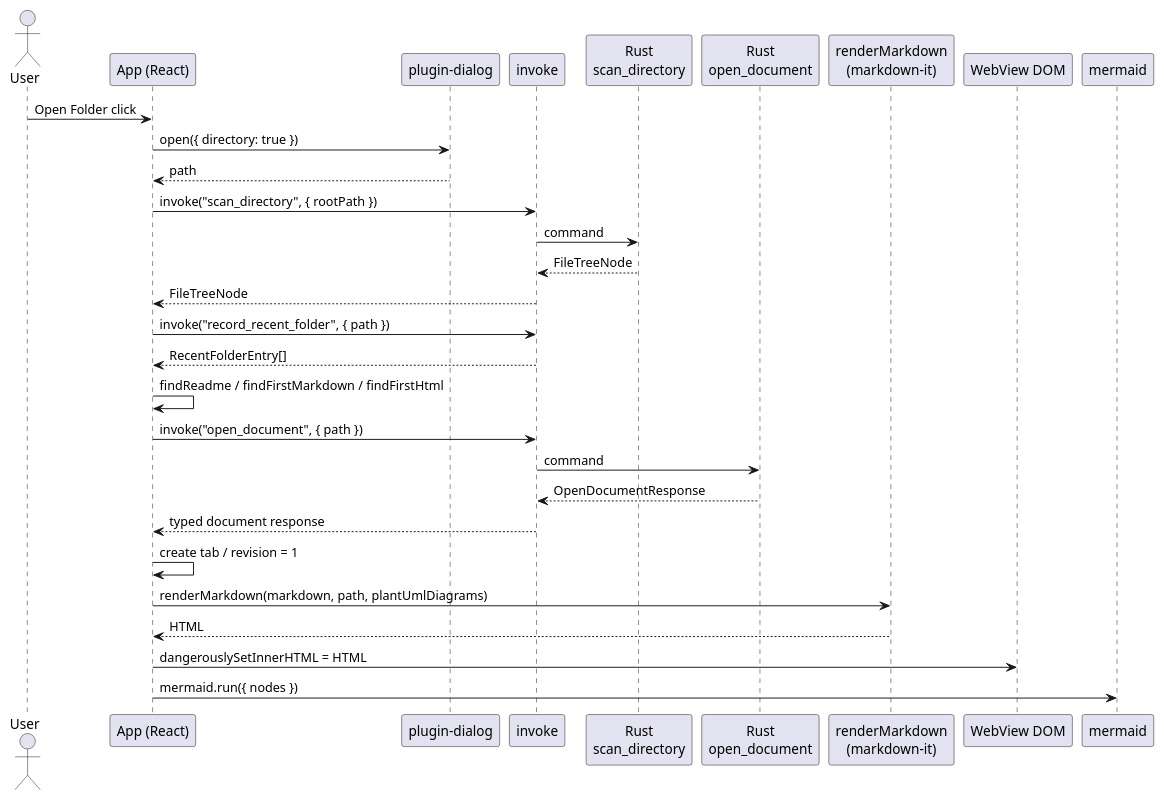
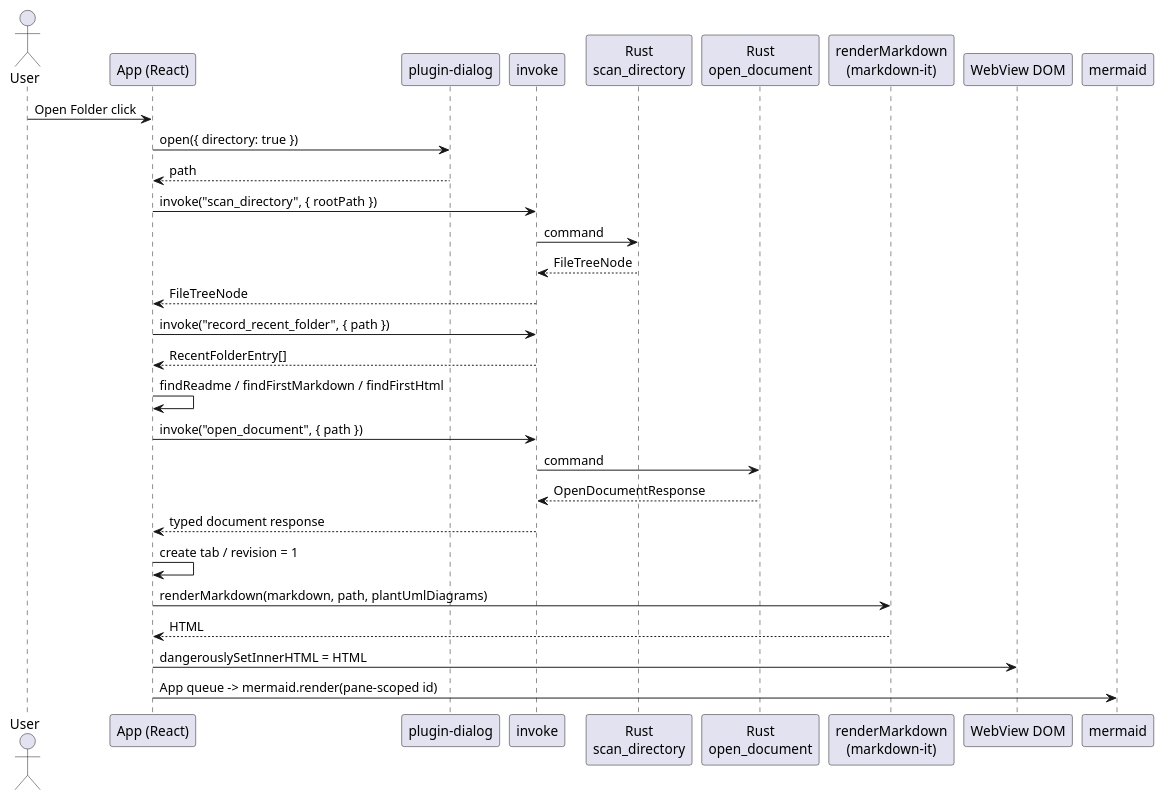
One commit to an-embedded-engineer/MarkdownViewer changed the second of 5 diagrams in docs/components/tauri_viewer/detail_design.md. Above: the diagram before and after it, drawn with PlantUML. The commit also changed other lines of this file and 18 other files, not shown here.

````diff
--- a/docs/components/tauri_viewer/detail_design.md
+++ b/docs/components/tauri_viewer/detail_design.md
@@ -147,34 +152,34 @@
 ```plantuml
 @startuml
 skinparam shadowing false
 actor User
 participant "App (React)" as App
 participant "plugin-dialog" as Dlg
 participant "invoke" as Inv
 participant "Rust\nscan_directory" as Scan
 participant "Rust\nopen_document" as Read
 participant "renderMarkdown\n(markdown-it)" as MD
 participant "WebView DOM" as DOM
 participant "mermaid" as Mer
 
 User -> App : Open Folder click
 App -> Dlg : open({ directory: true })
 Dlg --> App : path
 App -> Inv : invoke("scan_directory", { rootPath })
 Inv -> Scan : command
 Scan --> Inv : FileTreeNode
 Inv --> App : FileTreeNode
 App -> Inv : invoke("record_recent_folder", { path })
 Inv --> App : RecentFolderEntry[]
 App -> App : findReadme / findFirstMarkdown / findFirstHtml
 App -> Inv : invoke("open_document", { path })
 Inv -> Read : command
 Read --> Inv : OpenDocumentResponse
 Inv --> App : typed document response
 App -> App : create tab / revision = 1
 App -> MD : renderMarkdown(markdown, path, plantUmlDiagrams)
 MD --> App : HTML
 App -> DOM : dangerouslySetInnerHTML = HTML
-App -> Mer : mermaid.run({ nodes })
+App -> Mer : App queue -> mermaid.render(pane-scoped id)
 @enduml
 ```
````
